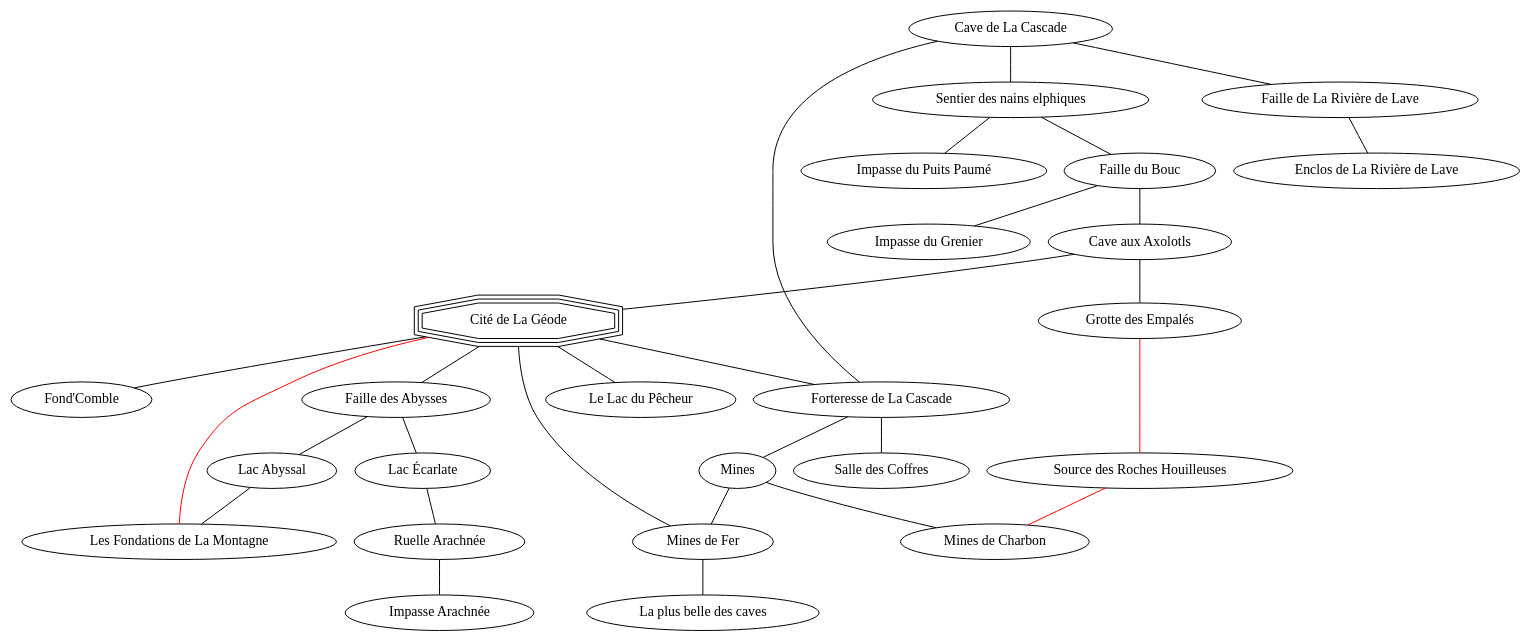
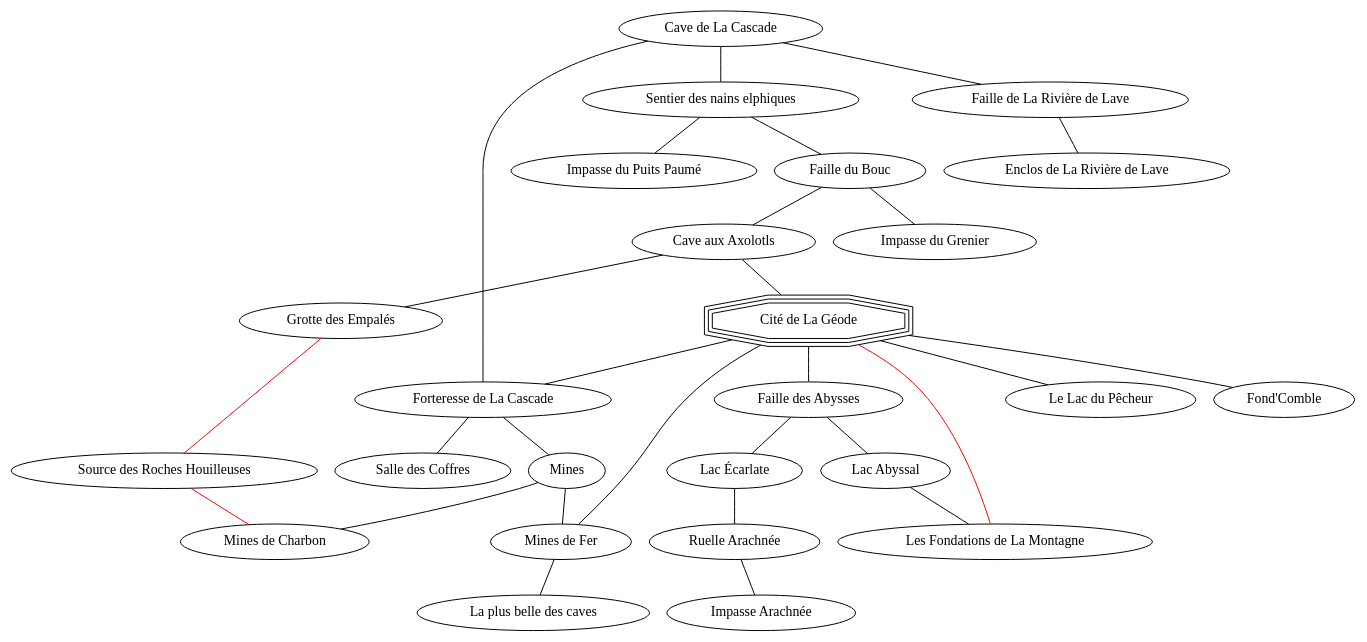
One commit to ChampomyMC/graphe changed the diagram in src/cite.dot. Above: the diagram before and after it, drawn with Graphviz. The commit also changed 2 other files, not shown here.

```diff
--- a/src/cite.dot
+++ b/src/cite.dot
@@ -1,37 +1,35 @@
 graph {
     overlap = false;
-    "Cave de La Cascade" 
-    "Forteresse de La Cascade"
     "Cave de La Cascade" -- "Sentier des nains elphiques"
     "Sentier des nains elphiques" -- "Impasse du Puits Paumé"
     "Sentier des nains elphiques" -- "Faille du Bouc"
     "Faille du Bouc" -- "Impasse du Grenier"
     "Faille du Bouc" -- "Cave aux Axolotls"
     "Cité de La Géode" [shape=tripleoctagon]
     "Cave aux Axolotls" -- "Cité de La Géode"
     "Cave aux Axolotls" -- "Grotte des Empalés"
     "Cité de La Géode" -- "Le Lac du Pêcheur"
     "Cité de La Géode" -- "Fond'Comble"
     "Cité de La Géode" -- "Forteresse de La Cascade"
     "Mines"
     "Forteresse de La Cascade" -- "Salle des Coffres"
     "Forteresse de La Cascade" -- "Mines"
     "Forteresse de La Cascade" -- "Cave de La Cascade"
     "Cave de La Cascade" -- "Faille de La Rivière de Lave"
     "Faille de La Rivière de Lave" -- "Enclos de La Rivière de Lave"
     
     "Cité de La Géode" -- "Faille des Abysses"
     "Faille des Abysses" -- "Lac Écarlate"
     "Lac Écarlate" -- "Ruelle Arachnée"
     "Ruelle Arachnée" -- "Impasse Arachnée"
     
     "Faille des Abysses" -- "Lac Abyssal"
     "Lac Abyssal" -- "Les Fondations de La Montagne"
     "Les Fondations de La Montagne" -- "Cité de La Géode" [color=red]
     "Grotte des Empalés" -- "Source des Roches Houilleuses" [color=red]
     "Source des Roches Houilleuses" -- "Mines de Charbon" [color=red]
     "Mines" -- "Mines de Charbon"
     "Mines" -- "Mines de Fer"
     "Mines de Fer" -- "La plus belle des caves"
     "Mines de Fer" -- "Cité de La Géode"
 }
```
